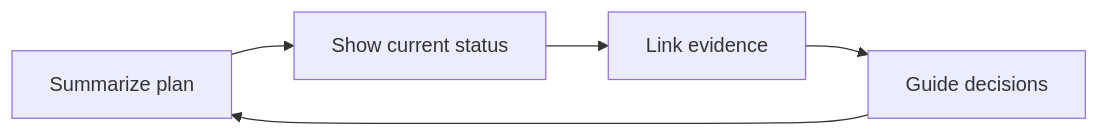
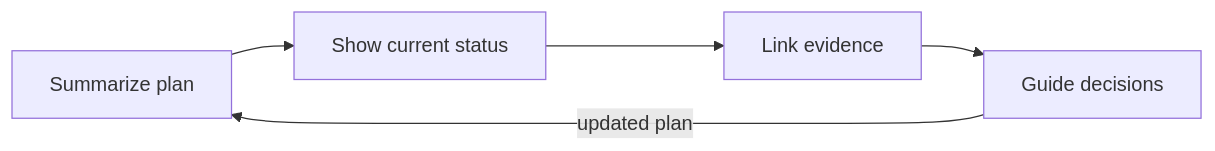
The third of 5 diagrams in README.md (rysweet/drinkme), drawn with Mermaid before and after one commit. The commit also changed other lines of this file and 1 other file, not shown here.

````diff
--- a/README.md
+++ b/README.md
@@ -35,5 +35,5 @@
 ```mermaid
 flowchart LR
   Plan["Summarize plan"] --> Status["Show current status"] --> Evidence["Link evidence"] --> Decisions["Guide decisions"]
-  Decisions --> Plan
+  Decisions -->|updated plan| Plan
 ```
````
